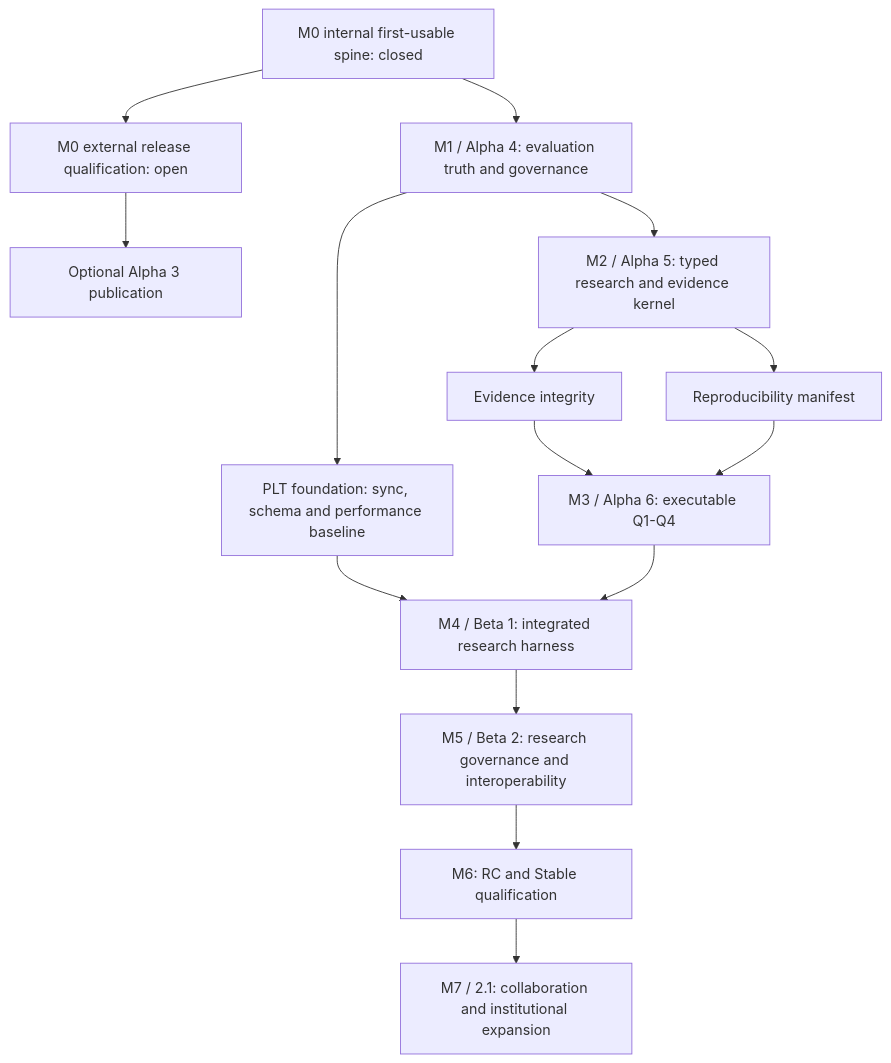
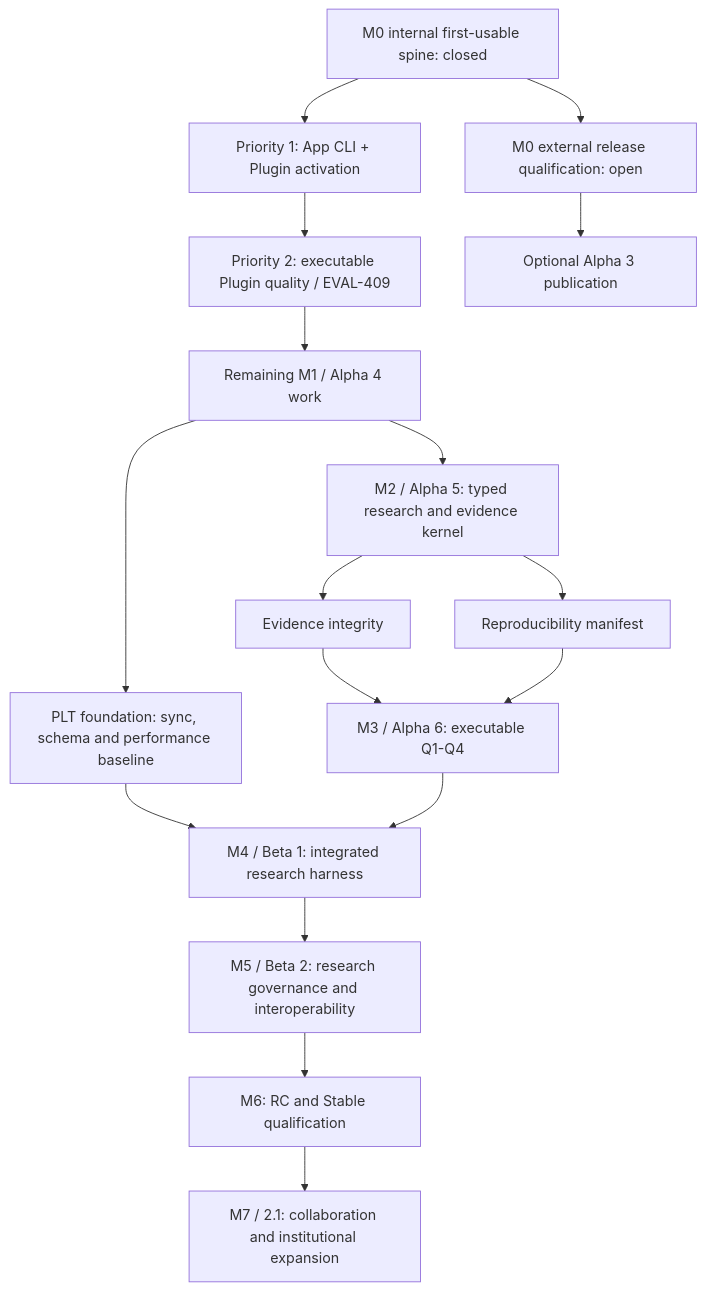
One commit to jxpeng98/qiongli changed the diagram in docs/superpowers/roadmaps/2026-08-02-qiongli-2-research-harness-master-roadmap.md. Above: the diagram before and after it, drawn with Mermaid. The commit also changed other lines of this file and 20 other files, not shown here.

First line of the commit message:
docs(roadmap): prioritize app activation before plugin quality

````diff
--- a/docs/superpowers/roadmaps/2026-08-02-qiongli-2-research-harness-master-roadmap.md
+++ b/docs/superpowers/roadmaps/2026-08-02-qiongli-2-research-harness-master-roadmap.md
@@ -241,17 +247,19 @@
 ```mermaid
 flowchart TD
     M0I["M0 internal first-usable spine: closed"] --> M0R["M0 external release qualification: open"]
-    M0I --> M1["M1 / Alpha 4: evaluation truth and governance"]
+    M0I --> ACT["Priority 1: App CLI + Plugin activation"]
+    ACT --> PQ["Priority 2: executable Plugin quality / EVAL-409"]
+    PQ --> M1["Remaining M1 / Alpha 4 work"]
     M0R --> PUB["Optional Alpha 3 publication"]
     M1 --> M2["M2 / Alpha 5: typed research and evidence kernel"]
     M1 --> P1["PLT foundation: sync, schema and performance baseline"]
     M2 --> E1["Evidence integrity"]
     M2 --> R1["Reproducibility manifest"]
     E1 --> M3["M3 / Alpha 6: executable Q1-Q4"]
     R1 --> M3
     P1 --> M4["M4 / Beta 1: integrated research harness"]
     M3 --> M4
     M4 --> M5["M5 / Beta 2: research governance and interoperability"]
     M5 --> M6["M6: RC and Stable qualification"]
     M6 --> M7["M7 / 2.1: collaboration and institutional expansion"]
 ```
````
